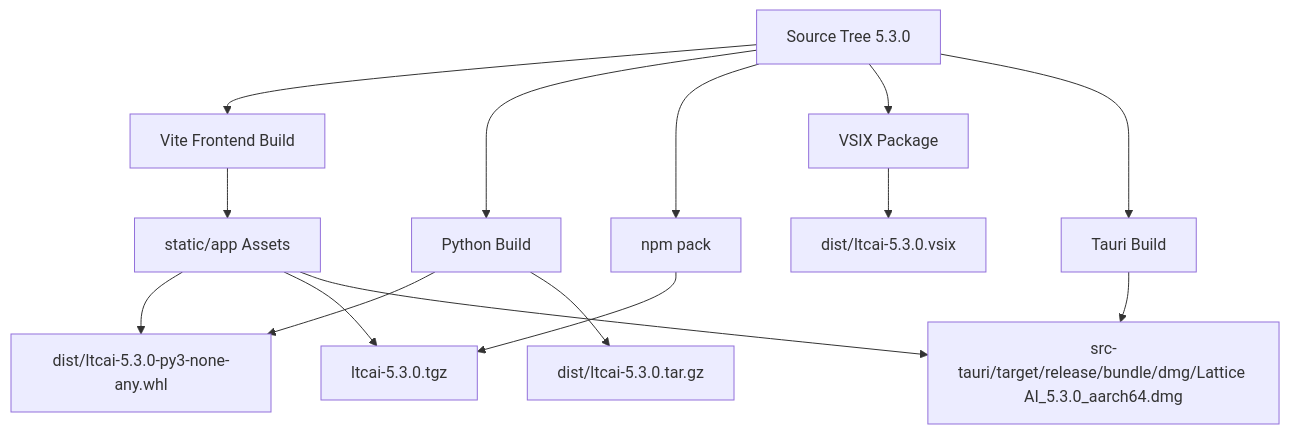
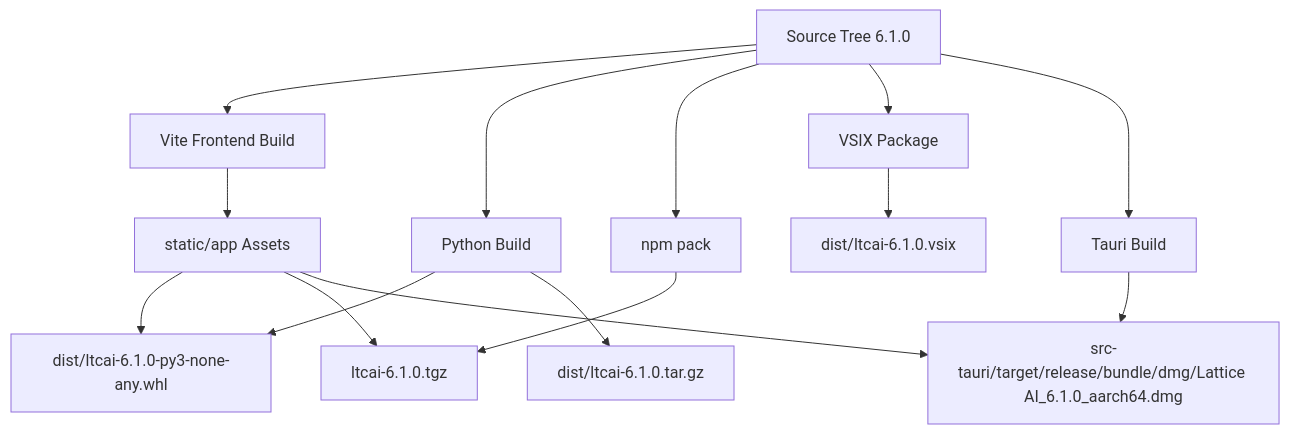
One commit to TaeSooPark-PTS/LatticeAI changed the tenth of 10 diagrams in ARCHITECTURE.md. Above: the diagram before and after it, drawn with Mermaid. The commit also changed other lines of this file and 12 other files, not shown here.

````diff
--- a/ARCHITECTURE.md
+++ b/ARCHITECTURE.md
@@ -271,18 +271,18 @@
 ```mermaid
 flowchart TB
-  Source["Source Tree 5.3.0"] --> FrontendBuild["Vite Frontend Build"]
+  Source["Source Tree 6.1.0"] --> FrontendBuild["Vite Frontend Build"]
   Source --> PythonBuild["Python Build"]
   Source --> NpmPack["npm pack"]
   Source --> VsixBuild["VSIX Package"]
   Source --> TauriBuild["Tauri Build"]
 
   FrontendBuild --> StaticAssets["static/app Assets"]
-  PythonBuild --> Wheel["dist/ltcai-5.3.0-py3-none-any.whl"]
-  PythonBuild --> Sdist["dist/ltcai-5.3.0.tar.gz"]
-  NpmPack --> Tgz["ltcai-5.3.0.tgz"]
-  VsixBuild --> Vsix["dist/ltcai-5.3.0.vsix"]
-  TauriBuild --> Dmg["src-tauri/target/release/bundle/dmg/Lattice AI_5.3.0_aarch64.dmg"]
+  PythonBuild --> Wheel["dist/ltcai-6.1.0-py3-none-any.whl"]
+  PythonBuild --> Sdist["dist/ltcai-6.1.0.tar.gz"]
+  NpmPack --> Tgz["ltcai-6.1.0.tgz"]
+  VsixBuild --> Vsix["dist/ltcai-6.1.0.vsix"]
+  TauriBuild --> Dmg["src-tauri/target/release/bundle/dmg/Lattice AI_6.1.0_aarch64.dmg"]
   StaticAssets --> Wheel
   StaticAssets --> Tgz
   StaticAssets --> Dmg
 ```
````
